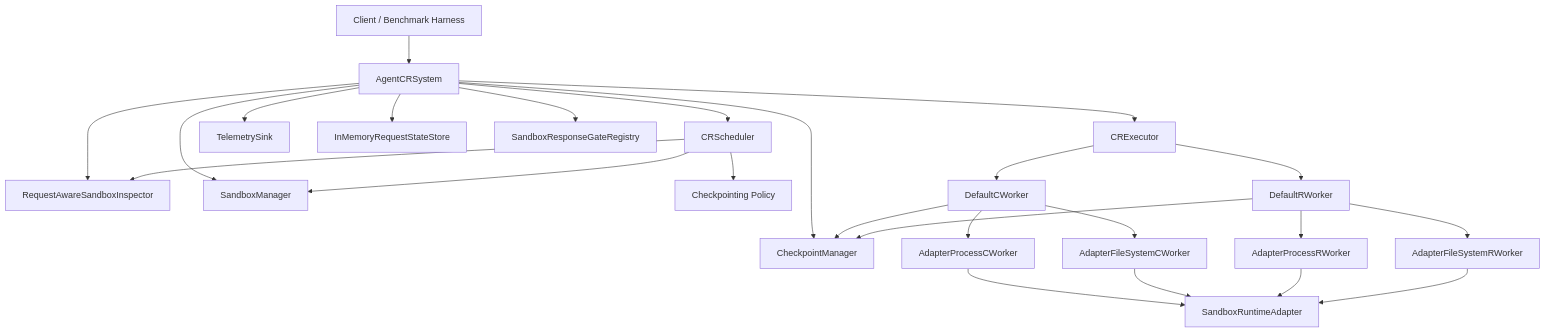
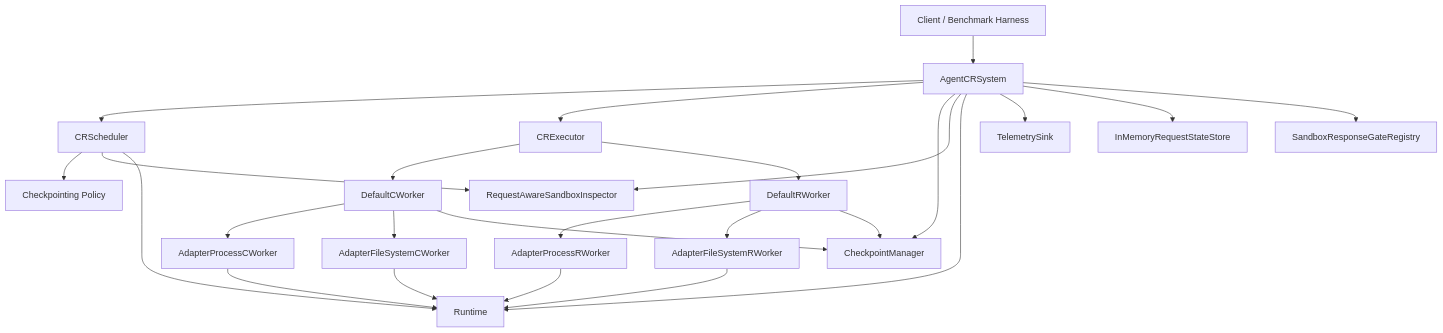
One commit to ChaokunChang/crab changed the diagram in docs/architecture.md. Above: the diagram before and after it, drawn with Mermaid. The commit also changed other lines of this file and 38 other files, not shown here.

````diff
--- a/docs/architecture.md
+++ b/docs/architecture.md
@@ -7,33 +7,33 @@
 ```mermaid
 flowchart TD
     Client[Client / Benchmark Harness] --> System[AgentCRSystem]
 
     System --> Scheduler[CRScheduler]
     System --> Executor[CRExecutor]
     System --> Storage[CheckpointManager]
     System --> Inspector[RequestAwareSandboxInspector]
-    System --> SandboxMgr[SandboxManager]
+    System --> Runtime[Runtime]
     System --> Telemetry[TelemetrySink]
     System --> RequestStore[InMemoryRequestStateStore]
     System --> ResponseGate[SandboxResponseGateRegistry]
 
     Scheduler --> Policy[Checkpointing Policy]
     Scheduler --> Inspector
-    Scheduler --> SandboxMgr
+    Scheduler --> Runtime
 
     Executor --> CWorker[DefaultCWorker]
     Executor --> RWorker[DefaultRWorker]
 
     CWorker --> ProcessC[AdapterProcessCWorker]
     CWorker --> FsC[AdapterFileSystemCWorker]
     CWorker --> Storage
 
     RWorker --> ProcessR[AdapterProcessRWorker]
     RWorker --> FsR[AdapterFileSystemRWorker]
     RWorker --> Storage
 
-    ProcessC --> Runtime[SandboxRuntimeAdapter]
+    ProcessC --> Runtime
     FsC --> Runtime
     ProcessR --> Runtime
     FsR --> Runtime
 ```
````
